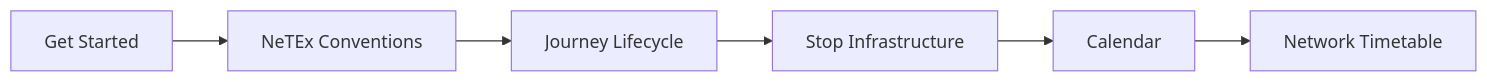
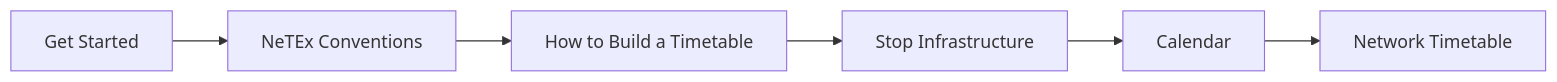
The diagram in README.md (hfjelstad/NeTEx-Nordic), drawn with Mermaid before and after one commit. The commit also changed other lines of this file and 9 other files, not shown here.

Commit message:
docs: remove redundant JourneyLifecycle guide, redirect links to HowToBuildATimetable

````diff
--- a/README.md
+++ b/README.md
@@ -40,8 +40,8 @@
 ```mermaid
 flowchart LR
     A[Get Started] --> B[NeTEx Conventions]
-    B --> C[Journey Lifecycle]
+    B --> C[How to Build a Timetable]
     C --> D[Stop Infrastructure]
     D --> E[Calendar]
     E --> F[Network Timetable]
 ```
````
